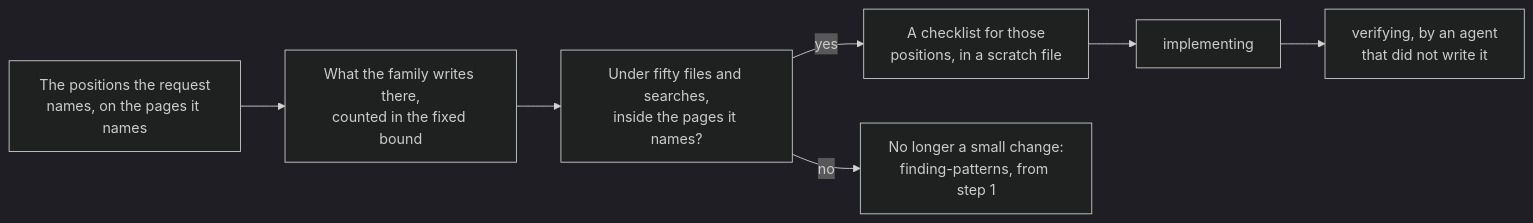
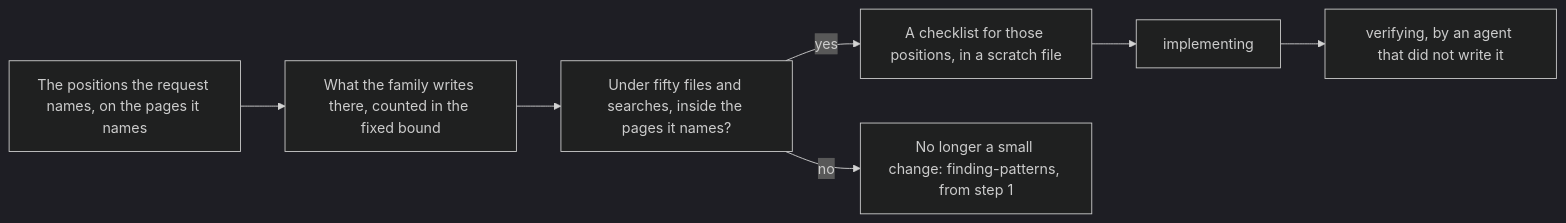
Before and after one commit to kamenkurtev/ui-consistency: the seventh of 7 diagrams in docs/how-it-works.md, drawn with Mermaid (dark theme). The commit also changed other lines of this file, not shown here.

Commit message:
Let the diagrams' labels wrap on their own (#466)

````diff
--- a/docs/how-it-works.md
+++ b/docs/how-it-works.md
@@ -171,10 +171,10 @@
 ```mermaid
 flowchart LR
-  A1["The positions the request<br>names, on the pages it names"]
-  A1 --> A2["What the family writes there,<br>counted in the fixed bound"]
-  A2 --> B["Under fifty files and searches,<br>inside the pages it names?"]
-  B -->|"yes"| A7["A checklist for those<br>positions, in a scratch file"]
-  B -->|"no"| FP["No longer a small change:<br>finding-patterns, from step 1"]
+  A1["The positions the request names, on the pages it names"]
+  A1 --> A2["What the family writes there, counted in the fixed bound"]
+  A2 --> B["Under fifty files and searches, inside the pages it names?"]
+  B -->|"yes"| A7["A checklist for those positions, in a scratch file"]
+  B -->|"no"| FP["No longer a small change: finding-patterns, from step 1"]
   A7 --> IM["implementing"]
-  IM --> VE["verifying, by an agent<br>that did not write it"]
+  IM --> VE["verifying, by an agent that did not write it"]
 ```
````
